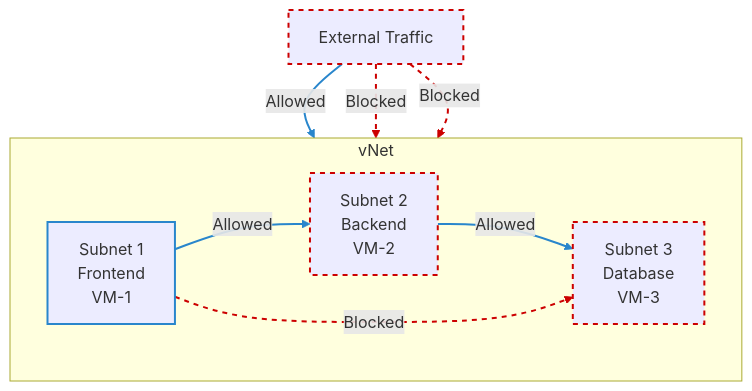
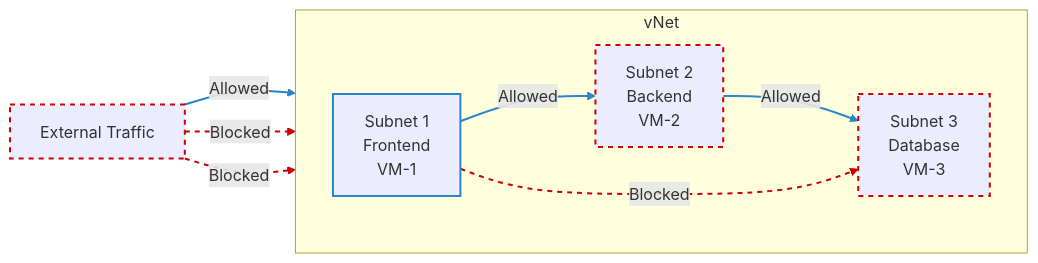
Before and after one commit to hrittikhere/diagrams: the second of 2 diagrams in network-segmentation.md, drawn with Mermaid. The commit also changed other lines of this file, not shown here.

````diff
--- a/network-segmentation.md
+++ b/network-segmentation.md
@@ -46,39 +46,39 @@
 ```mermaid
 
-graph TB
+graph LR
     ext[External Traffic]
     sub1[Subnet 1<br/>Frontend<br/>VM-1]
     sub2[Subnet 2<br/>Backend<br/>VM-2]
     sub3[Subnet 3<br/>Database<br/>VM-3]
 
     %% Group subnets inside vNet
     subgraph vNet [vNet]
         direction LR
         sub1
         sub2
         sub3
     end
 
     %% Allowed traffic flows (blue)
     ext -- "Allowed" --> sub1
     sub1 -- "Allowed" --> sub2
     sub2 -- "Allowed" --> sub3
 
     %% Blocked traffic flows (red)
     ext -. "Blocked" .-> sub2
     ext -. "Blocked" .-> sub3
     sub1 -. "Blocked" .-> sub3
 
     %% Styling for clarity
     classDef allowed stroke:#2986cc,stroke-width:2px;
     classDef blocked stroke:#cc0000,stroke-dasharray: 5 5,stroke-width:2px;
     class ext,sub1,sub2,sub3 allowed;
     class ext,sub2,sub3 blocked;
     linkStyle 0 stroke:#2986cc,stroke-width:2px;
     linkStyle 1 stroke:#2986cc,stroke-width:2px;
     linkStyle 2 stroke:#2986cc,stroke-width:2px;
     linkStyle 3 stroke:#cc0000,stroke-width:2px,stroke-dasharray: 5 5;
     linkStyle 4 stroke:#cc0000,stroke-width:2px,stroke-dasharray: 5 5;
     linkStyle 5 stroke:#cc0000,stroke-width:2px,stroke-dasharray: 5 5;
 
 ```
````
